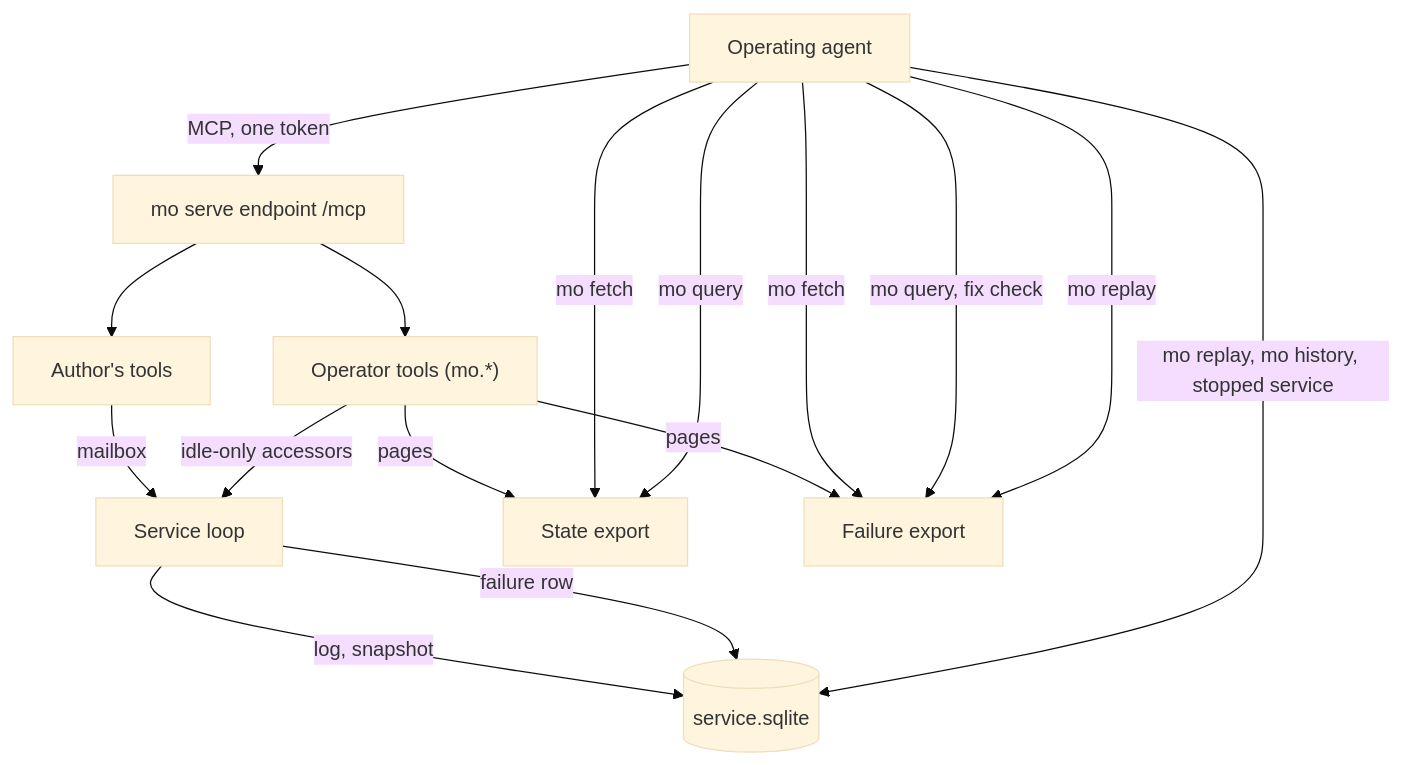
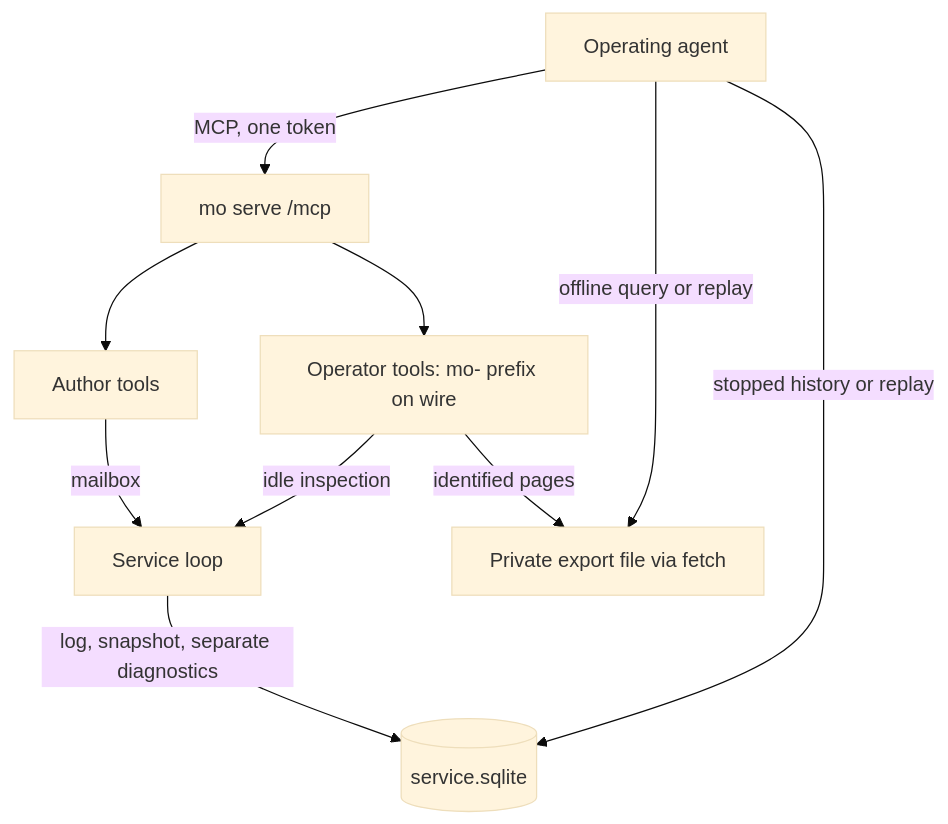
Before and after one commit to robertguss/mo: the first of 3 diagrams in docs/plans/2026-11-03-1704-feat-phase4-see-inside-plan.md, drawn with Mermaid (base theme). The commit also changed other lines of this file and 1 other file, not shown here.

````diff
--- a/docs/plans/2026-11-03-1704-feat-phase4-see-inside-plan.md
+++ b/docs/plans/2026-11-03-1704-feat-phase4-see-inside-plan.md
@@ -255,18 +234,12 @@
 ```mermaid
 flowchart TB
-  A[Operating agent] -->|MCP, one token| E["mo serve endpoint /mcp"]
-  E --> T[Author's tools]
-  E --> O["Operator tools (mo.*)"]
+  A[Operating agent] -->|MCP, one token| E["mo serve /mcp"]
+  E --> T[Author tools]
+  E --> O["Operator tools: mo- prefix on wire"]
   T -->|mailbox| L[Service loop]
-  O -->|idle-only accessors| L
-  L -->|log, snapshot| S[(service.sqlite)]
-  L -->|failure row| S
-  O -->|pages| X[State export]
-  O -->|pages| FX[Failure export]
-  A -->|mo fetch| X
-  A -->|mo fetch| FX
-  A -->|mo query| X
-  A -->|mo query, fix check| FX
-  A -->|mo replay| FX
-  A -->|mo replay, mo history, stopped service| S
+  O -->|idle inspection| L
+  L -->|log, snapshot, separate diagnostics| S[(service.sqlite)]
+  O -->|identified pages| X[Private export file via fetch]
+  A -->|offline query or replay| X
+  A -->|stopped history or replay| S
 ```
````
